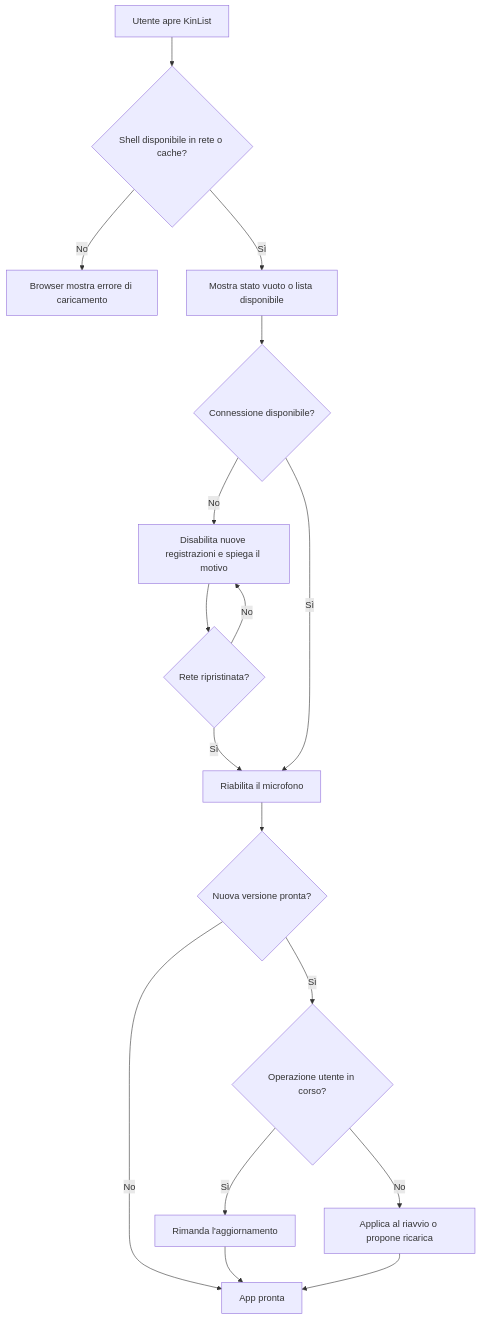
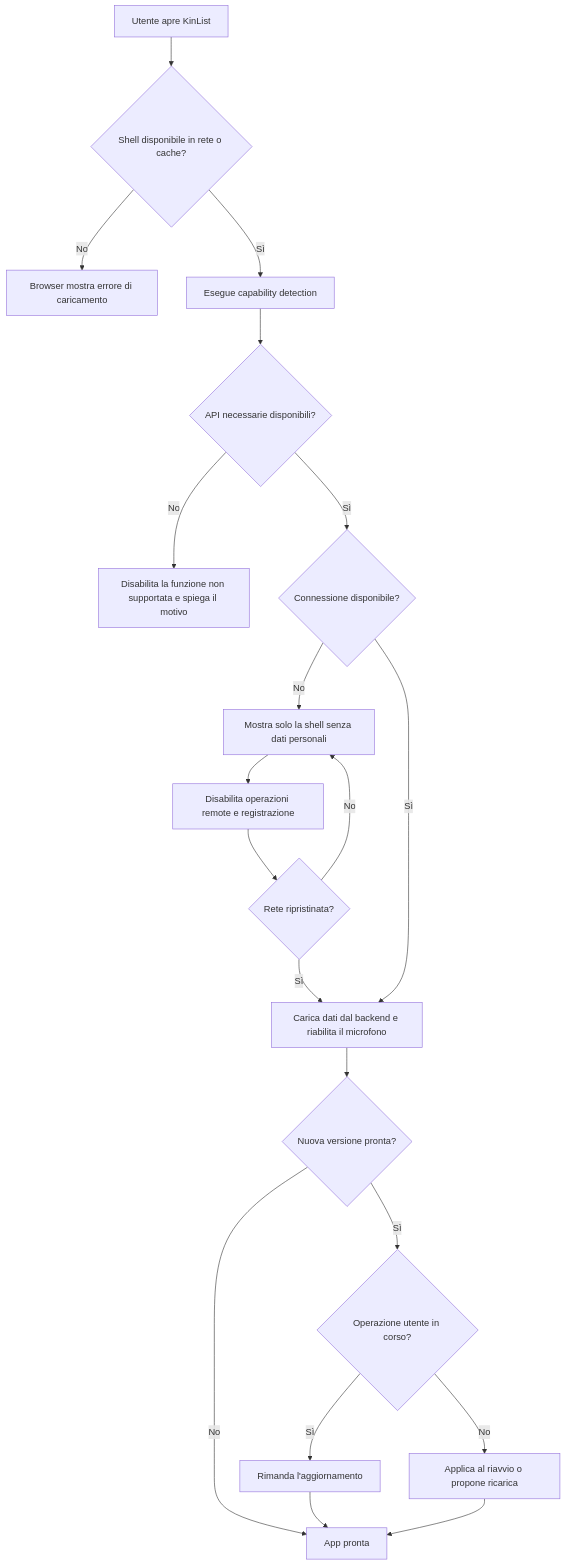
One commit to martinabruni/DA.KinHub changed the diagram in docs/kinlist/research/tasks/pwa-shell-connectivity/research.md. Above: the diagram before and after it, drawn with Mermaid. The commit also changed other lines of this file and 17 other files, not shown here.

````diff
--- a/docs/kinlist/research/tasks/pwa-shell-connectivity/research.md
+++ b/docs/kinlist/research/tasks/pwa-shell-connectivity/research.md
@@ -78,19 +77,22 @@
 ```mermaid
 flowchart TD
     A["Utente apre KinList"] --> B{"Shell disponibile in rete o cache?"}
     B -- No --> C["Browser mostra errore di caricamento"]
-    B -- Sì --> D["Mostra stato vuoto o lista disponibile"]
-    D --> E{"Connessione disponibile?"}
-    E -- No --> F["Disabilita nuove registrazioni e spiega il motivo"]
-    F --> G{"Rete ripristinata?"}
-    G -- No --> F
-    G -- Sì --> H["Riabilita il microfono"]
-    E -- Sì --> H
-    H --> I{"Nuova versione pronta?"}
-    I -- No --> J["App pronta"]
-    I -- Sì --> K{"Operazione utente in corso?"}
-    K -- Sì --> L["Rimanda l'aggiornamento"]
-    K -- No --> M["Applica al riavvio o propone ricarica"]
-    L --> J
-    M --> J
+    B -- Sì --> D["Esegue capability detection"]
+    D --> E{"API necessarie disponibili?"}
+    E -- No --> F["Disabilita la funzione non supportata e spiega il motivo"]
+    E -- Sì --> G{"Connessione disponibile?"}
+    G -- No --> H["Mostra solo la shell senza dati personali"]
+    H --> I["Disabilita operazioni remote e registrazione"]
+    I --> J{"Rete ripristinata?"}
+    J -- No --> H
+    J -- Sì --> K["Carica dati dal backend e riabilita il microfono"]
+    G -- Sì --> K
+    K --> L{"Nuova versione pronta?"}
+    L -- No --> M["App pronta"]
+    L -- Sì --> N{"Operazione utente in corso?"}
+    N -- Sì --> O["Rimanda l'aggiornamento"]
+    N -- No --> P["Applica al riavvio o propone ricarica"]
+    O --> M
+    P --> M
 ```
````
